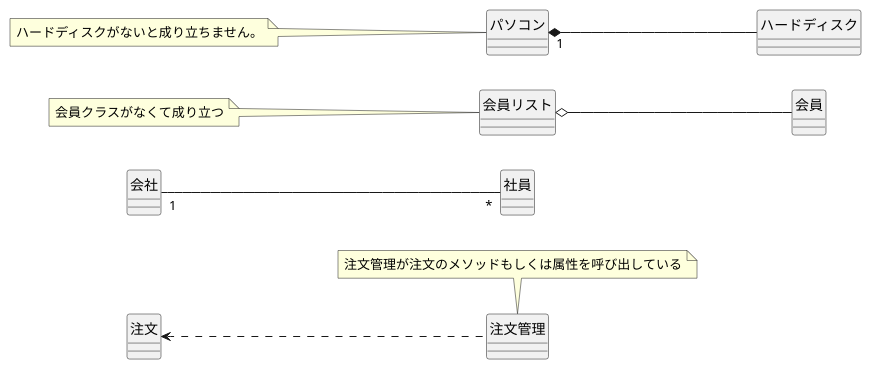
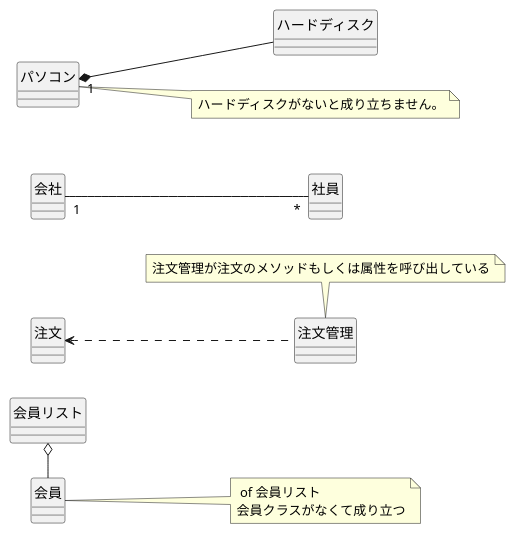
One commit to Takhshi/uml-introduction changed the diagram in 図3-3_関連.pu. Above: the diagram before and after it, drawn with PlantUML. The commit also changed 3 other files, not shown here.

```diff
--- a/図3-3_関連.pu
+++ b/図3-3_関連.pu
@@ -1,24 +1,25 @@
 @startuml 関連
 left to right direction
 skinparam classAttributeIconSize 0
 class 会社{}
 class 社員{}
 ' 会社 --> 社員:雇う >
 会社 "1"--"*" 社員
-会員リスト o-- 会員
-note left of 会員リスト
+会員リスト o- 会員
+note right
+ of 会員リスト
 会員クラスがなくて成り立つ
 end note
 
 パソコン"1" *-- ハードディスク
-note left of パソコン
+note right of パソコン
 ハードディスクがないと成り立ちません。
 end note
 
 注文 <.. 注文管理
 note top of 注文管理
 注文管理が注文のメソッドもしくは属性を呼び出している
 end note
 
 hide circle
 @enduml
```
